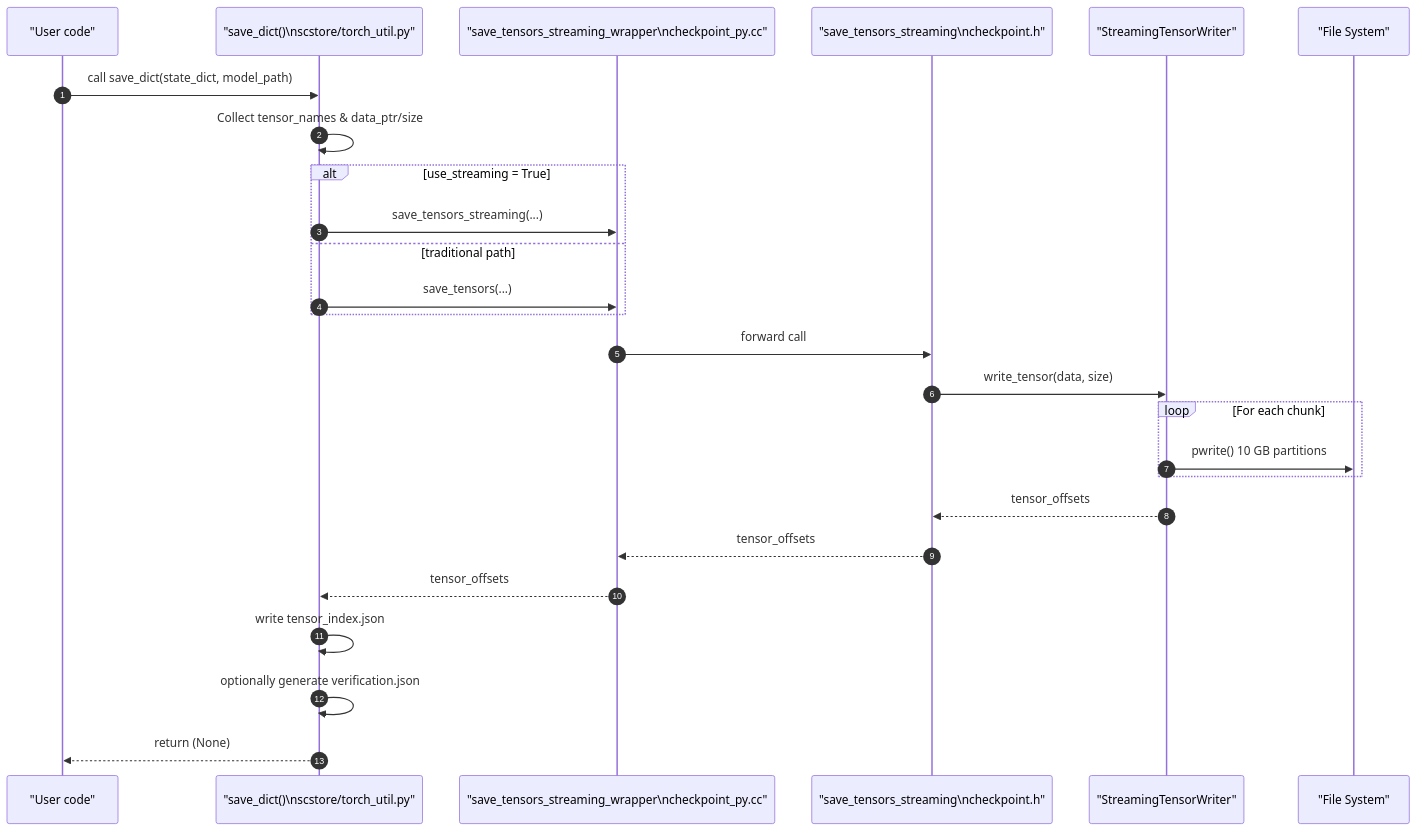
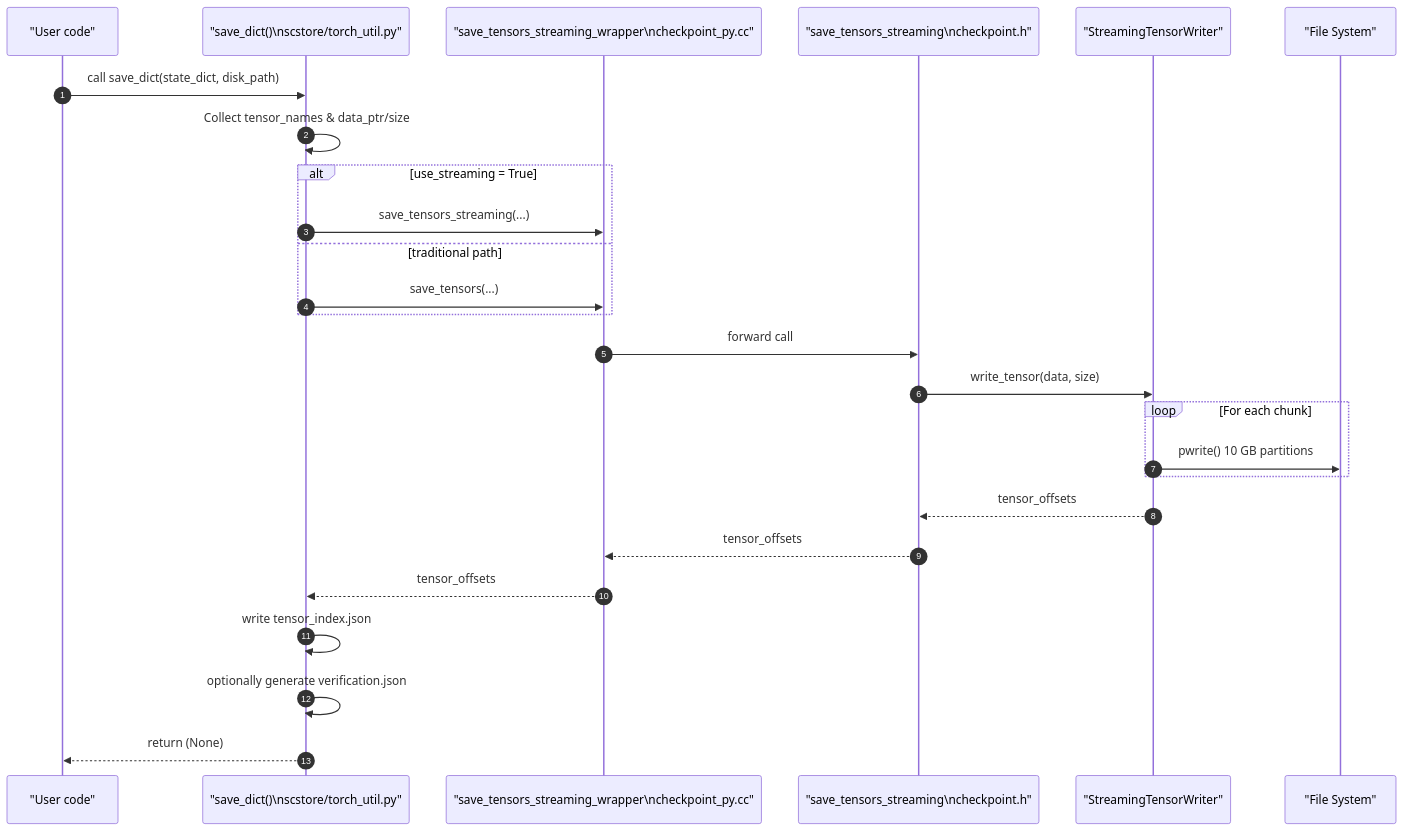
Before and after one commit to tensorcast-ai/tensorcast: the diagram in web-docs/docs/developer-guides/internals/save_dict_flow.md, drawn with Mermaid. The commit also changed other lines of this file and 331 other files, not shown here.

````diff
--- a/web-docs/docs/developer-guides/internals/save_dict_flow.md
+++ b/web-docs/docs/developer-guides/internals/save_dict_flow.md
@@ -37,29 +37,29 @@
 ```mermaid
 sequenceDiagram
     autonumber
     participant U as "User code"
     participant PY as "save_dict()\nscstore/torch_util.py"
     participant CPP as "save_tensors_streaming_wrapper\ncheckpoint_py.cc"
     participant API as "save_tensors_streaming\ncheckpoint.h"
     participant TW as "StreamingTensorWriter"
     participant FS as "File System"
 
-    U->>PY: call save_dict(state_dict, model_path)
+    U->>PY: call save_dict(state_dict, disk_path)
     PY->>PY: Collect tensor_names & data_ptr/size
     alt use_streaming = True
         PY->>CPP: save_tensors_streaming(...)
     else traditional path
         PY->>CPP: save_tensors(...)
     end
     CPP->>API: forward call
     API->>TW: write_tensor(data, size)
     loop For each chunk
         TW->>FS: pwrite() 10 GB partitions
     end
     TW-->>API: tensor_offsets
     API-->>CPP: tensor_offsets
     CPP-->>PY: tensor_offsets
     PY->>PY: write tensor_index.json
     PY->>PY: optionally generate verification.json
     PY-->>U: return (None)
 ```
````
